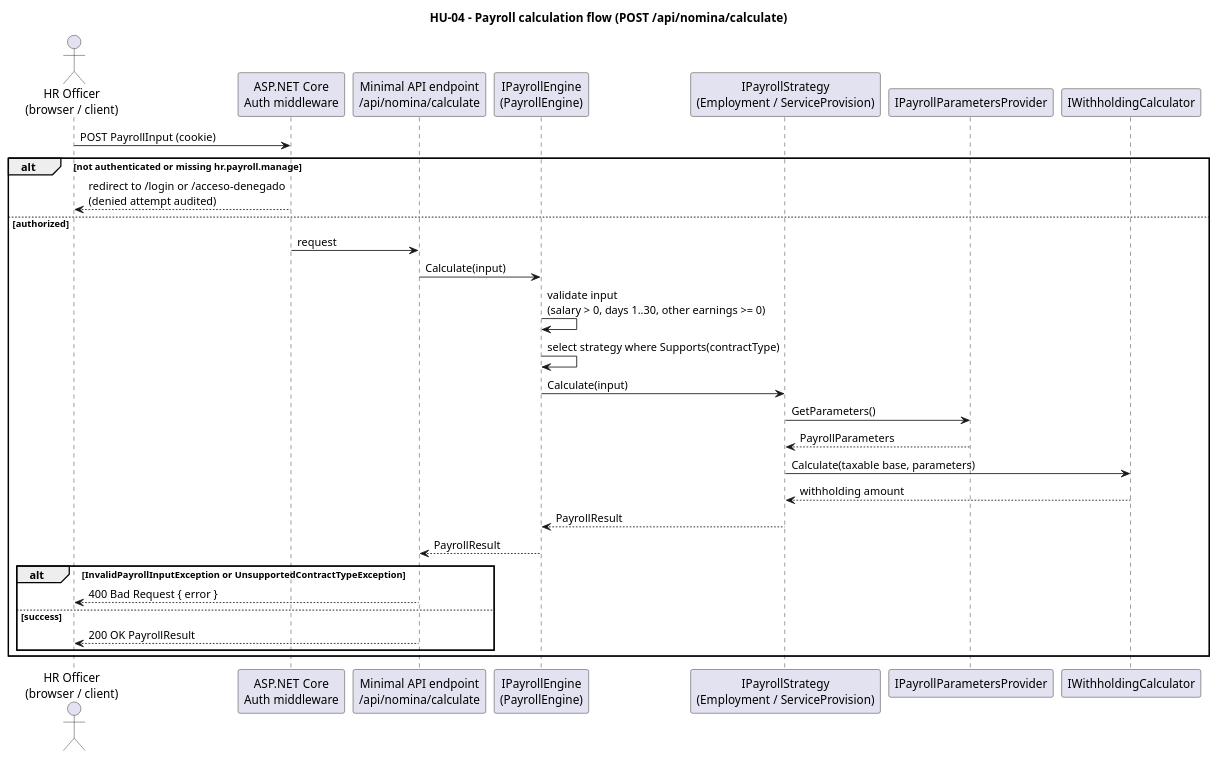
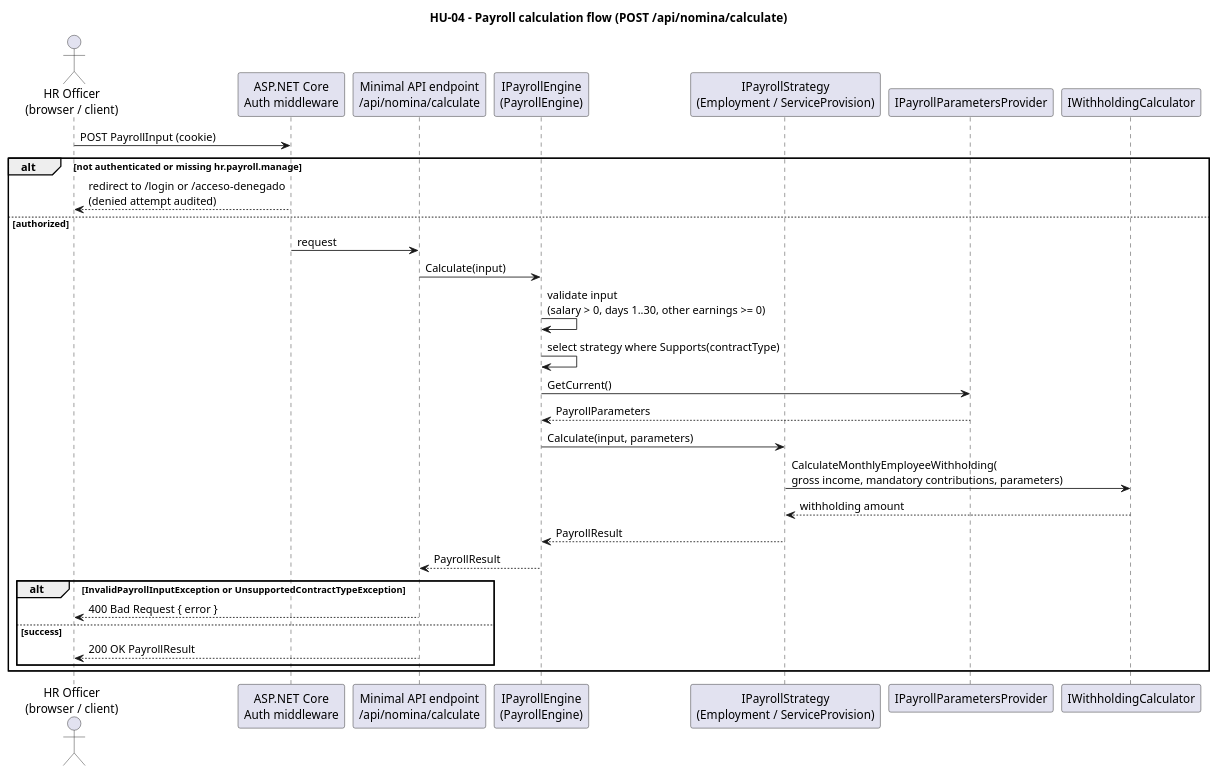
One commit to samucr27/tiendaflow-erp changed the diagram in docs/uml/payroll_sequence.puml. Above: the diagram before and after it, drawn with PlantUML. The commit also changed 2 other files, not shown here.

Commit message:
docs(sprint2): align deployment, building block and payroll sequence docs

```diff
--- a/docs/uml/payroll_sequence.puml
+++ b/docs/uml/payroll_sequence.puml
@@ -1,33 +1,33 @@
 @startuml payroll_sequence
 title HU-04 - Payroll calculation flow (POST /api/nomina/calculate)
 
 actor "HR Officer\n(browser / client)" as Client
 participant "ASP.NET Core\nAuth middleware" as Auth
 participant "Minimal API endpoint\n/api/nomina/calculate" as Endpoint
 participant "IPayrollEngine\n(PayrollEngine)" as Engine
 participant "IPayrollStrategy\n(Employment / ServiceProvision)" as Strategy
 participant "IPayrollParametersProvider" as Params
 participant "IWithholdingCalculator" as Withholding
 
 Client -> Auth : POST PayrollInput (cookie)
 alt not authenticated or missing hr.payroll.manage
     Auth --> Client : redirect to /login or /acceso-denegado\n(denied attempt audited)
 else authorized
     Auth -> Endpoint : request
     Endpoint -> Engine : Calculate(input)
     Engine -> Engine : validate input\n(salary > 0, days 1..30, other earnings >= 0)
     Engine -> Engine : select strategy where Supports(contractType)
-    Engine -> Strategy : Calculate(input)
-    Strategy -> Params : GetParameters()
-    Params --> Strategy : PayrollParameters
-    Strategy -> Withholding : Calculate(taxable base, parameters)
+    Engine -> Params : GetCurrent()
+    Params --> Engine : PayrollParameters
+    Engine -> Strategy : Calculate(input, parameters)
+    Strategy -> Withholding : CalculateMonthlyEmployeeWithholding(\ngross income, mandatory contributions, parameters)
     Withholding --> Strategy : withholding amount
     Strategy --> Engine : PayrollResult
     Engine --> Endpoint : PayrollResult
     alt InvalidPayrollInputException or UnsupportedContractTypeException
         Endpoint --> Client : 400 Bad Request { error }
     else success
         Endpoint --> Client : 200 OK PayrollResult
     end
 end
 @enduml
```
